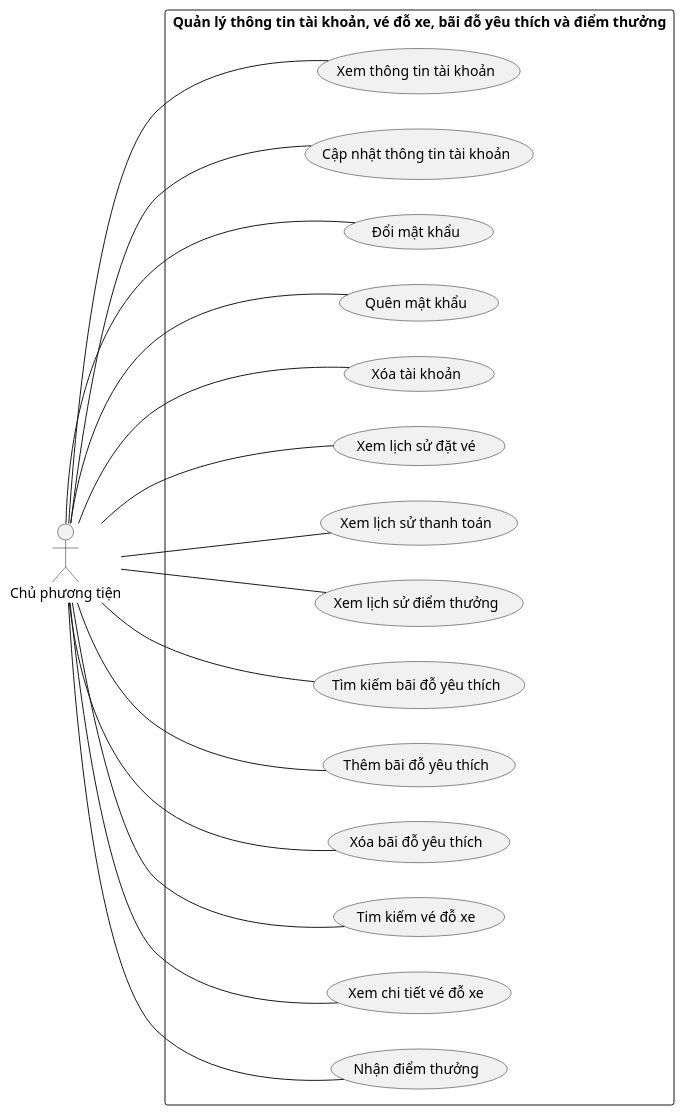
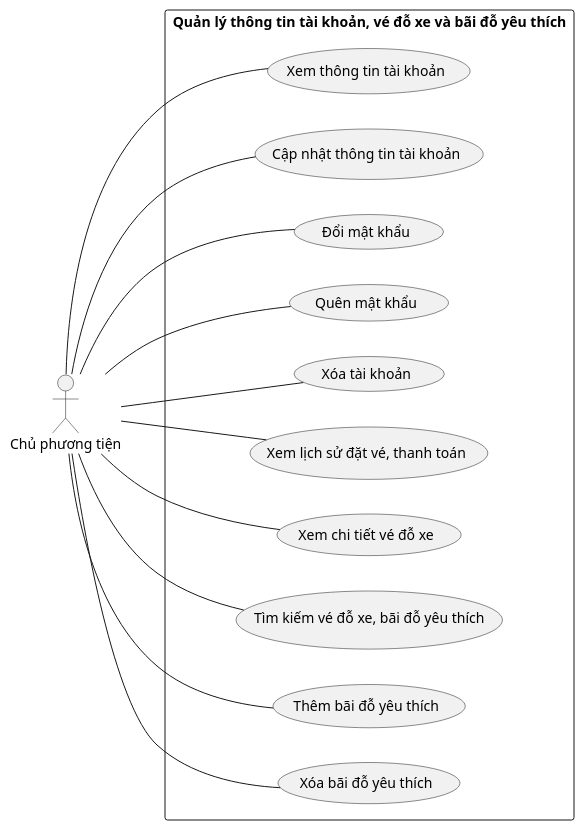
One commit to hieutbui/graduation-diagram changed the diagram in usecase/manage_account_infor.wsd. Above: the diagram before and after it, drawn with PlantUML. The commit also changed 3 other files, not shown here.

```diff
--- a/usecase/manage_account_infor.wsd
+++ b/usecase/manage_account_infor.wsd
@@ -1,26 +1,22 @@
 @startuml manage_account_infor
 
 left to right direction
 skinparam packageStyle rect
 
 actor "Chủ phương tiện" as VehicleOwner
 
-rectangle "Quản lý thông tin tài khoản, vé đỗ xe, bãi đỗ yêu thích và điểm thưởng" as ManageAccountInfor {
+rectangle "Quản lý thông tin tài khoản, vé đỗ xe và bãi đỗ yêu thích" as ManageAccountInfor {
   'VehicleOwner'
     VehicleOwner -- (Xem thông tin tài khoản)
     VehicleOwner -- (Cập nhật thông tin tài khoản)
     VehicleOwner -- (Đổi mật khẩu)
     VehicleOwner -- (Quên mật khẩu)
     VehicleOwner -- (Xóa tài khoản)
-    VehicleOwner -- (Xem lịch sử đặt vé)
-    VehicleOwner -- (Xem lịch sử thanh toán)
-    VehicleOwner -- (Xem lịch sử điểm thưởng)
-    VehicleOwner -- (Tìm kiếm bãi đỗ yêu thích)
+    VehicleOwner -- (Xem lịch sử đặt vé, thanh toán)
+    VehicleOwner -- (Xem chi tiết vé đỗ xe)
+    VehicleOwner -- (Tìm kiếm vé đỗ xe, bãi đỗ yêu thích)
     VehicleOwner -- (Thêm bãi đỗ yêu thích)
     VehicleOwner -- (Xóa bãi đỗ yêu thích)
-    VehicleOwner -- (Tim kiếm vé đỗ xe)
-    VehicleOwner -- (Xem chi tiết vé đỗ xe)
-    VehicleOwner -- (Nhận điểm thưởng)
 }
 
 @enduml
```
